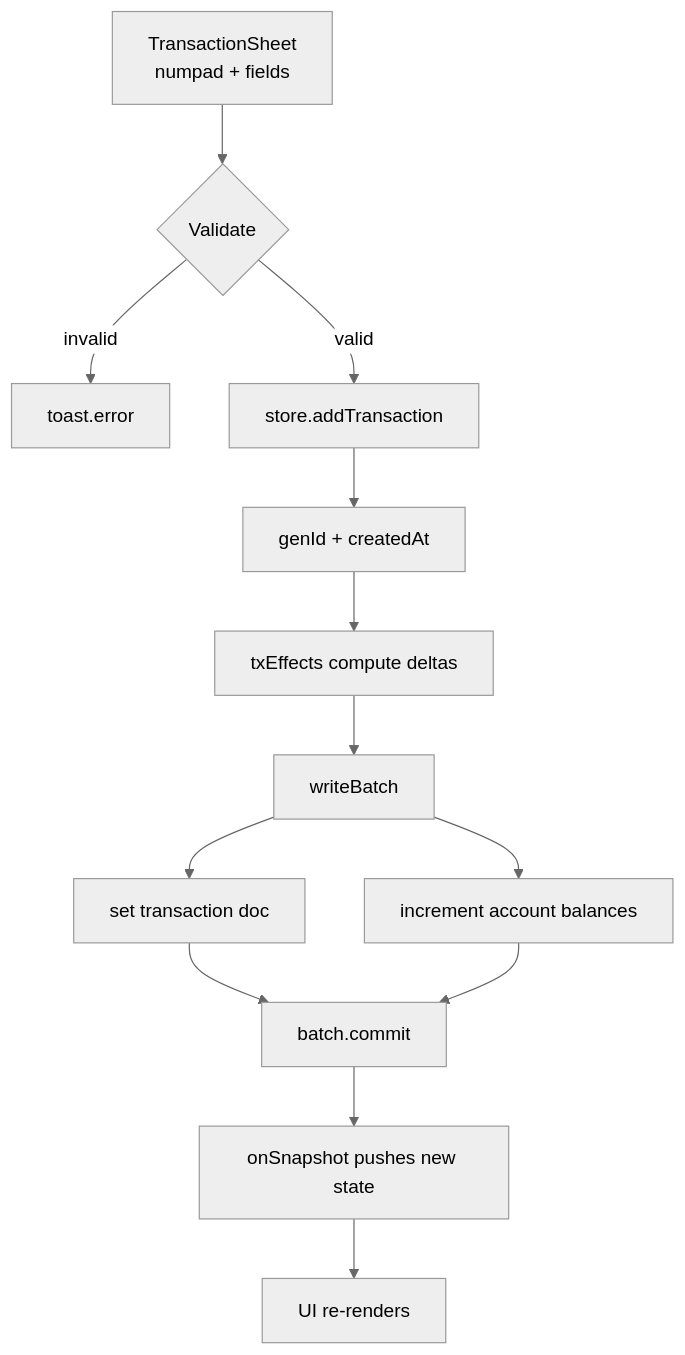
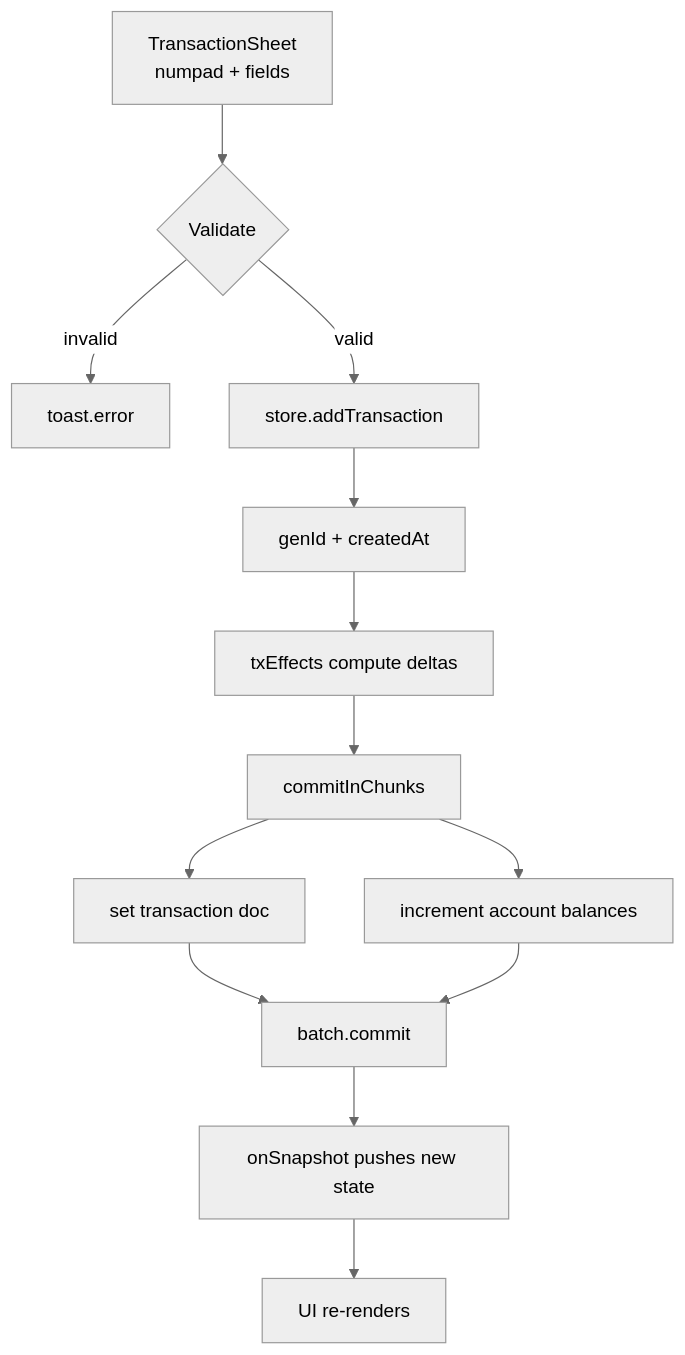
The fourth of 10 diagrams in README.md (kalmux1/Kalcy), drawn with Mermaid (neutral theme) before and after one commit. The commit also changed other lines of this file and 21 other files, not shown here.

````diff
--- a/README.md
+++ b/README.md
@@ -581,14 +609,14 @@
 ```mermaid
 flowchart TD
     A[TransactionSheet<br/>numpad + fields] --> B{Validate}
     B -- invalid --> E[toast.error]
     B -- valid --> C[store.addTransaction]
     C --> D[genId + createdAt]
     D --> F[txEffects compute deltas]
-    F --> G[writeBatch]
+    F --> G[commitInChunks]
     G --> H[set transaction doc]
     G --> I[increment account balances]
     H & I --> J[batch.commit]
     J --> K[onSnapshot pushes new state]
     K --> L[UI re-renders]
 ```
````
